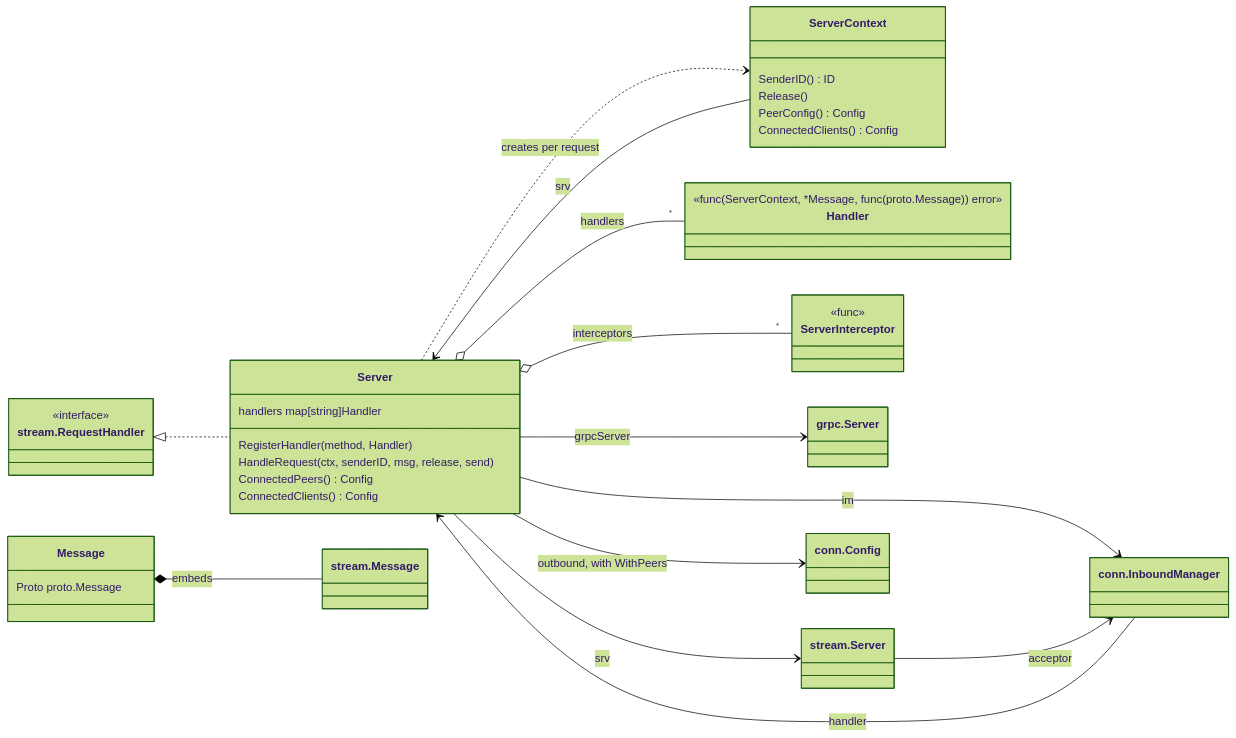
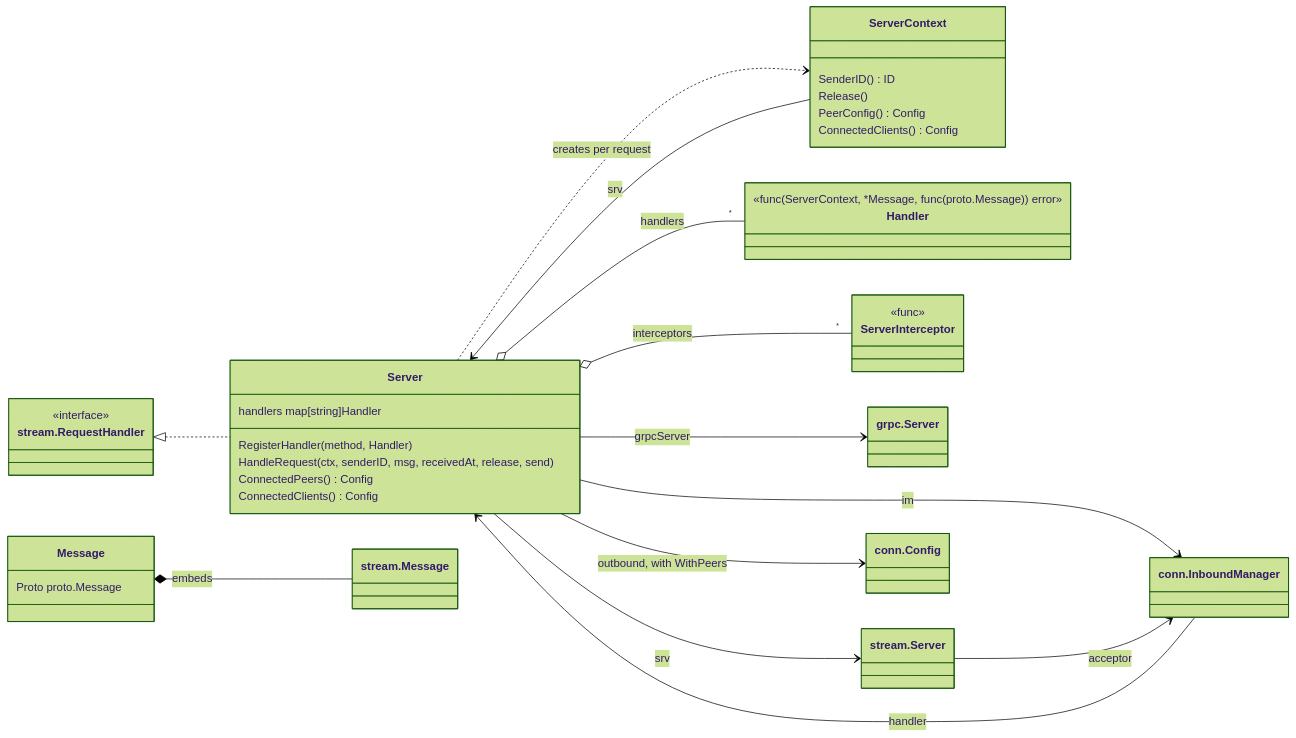
Before and after one commit to relab/gorums: the ninth of 10 diagrams in doc/dev-guide.md, drawn with Mermaid (forest theme). The commit also changed other lines of this file and 14 other files, not shown here.

First line of the commit message:
gorums: add ServerContext.ReceivedAt for the request receive time

````diff
--- a/doc/dev-guide.md
+++ b/doc/dev-guide.md
@@ -730,47 +730,47 @@
 ```mermaid
 classDiagram
     direction LR
     class Server {
         handlers map[string]Handler
         RegisterHandler(method, Handler)
-        HandleRequest(ctx, senderID, msg, release, send)
+        HandleRequest(ctx, senderID, msg, receivedAt, release, send)
         ConnectedPeers() Config
         ConnectedClients() Config
     }
     class ServerContext {
         SenderID() ID
         Release()
         PeerConfig() Config
         ConnectedClients() Config
     }
     class Handler {
         <<func(ServerContext, *Message, func(proto.Message)) error>>
     }
     class ServerInterceptor {
         <<func>>
     }
     class Message {
         Proto proto.Message
     }
     class GRPCServer["grpc.Server"]
     class StreamServer["stream.Server"]
     class StreamMessage["stream.Message"]
     class InboundManager["conn.InboundManager"]
     class ConnConfig["conn.Config"]
     class StreamRequestHandler["stream.RequestHandler"] {
         <<interface>>
     }
 
     Server --> GRPCServer : grpcServer
     Server --> StreamServer : srv
     Server --> InboundManager : im
     Server --> ConnConfig : outbound, with WithPeers
     Server o-- "*" Handler : handlers
     Server o-- "*" ServerInterceptor : interceptors
     StreamRequestHandler <|.. Server
     StreamServer --> InboundManager : acceptor
     InboundManager --> Server : handler
     Server ..> ServerContext : creates per request
     ServerContext --> Server : srv
     Message *-- StreamMessage : embeds
 ```
````
